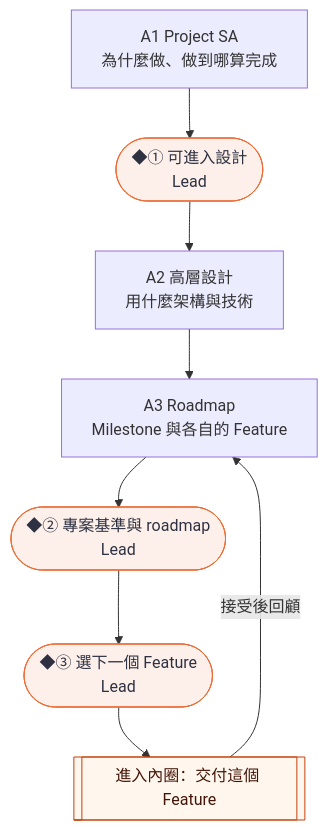
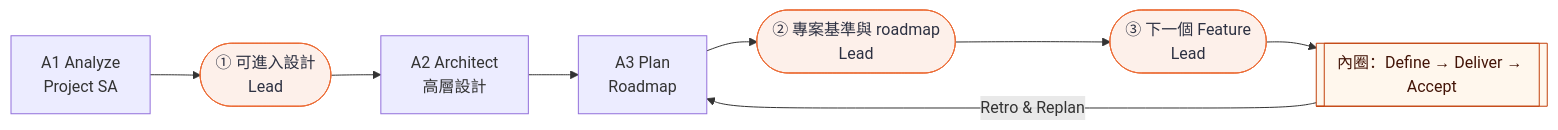
The second of 3 diagrams in docs/guide/user-guide.md (ellis429/loop-engineering), drawn with Mermaid before and after one commit. The commit also changed other lines of this file, not shown here.

````diff
--- a/docs/guide/user-guide.md
+++ b/docs/guide/user-guide.md
@@ -60,13 +57,13 @@
 ```mermaid
-flowchart TB
-  A1["A1 Project SA<br/>為什麼做、做到哪算完成"] --> G1(["◆① 可進入設計<br/>Lead"])
-  G1 --> A2["A2 高層設計<br/>用什麼架構與技術"]
-  A2 --> A3["A3 Roadmap<br/>Milestone 與各自的 Feature"]
-  A3 --> G2(["◆② 專案基準與 roadmap<br/>Lead"])
-  G2 --> G3(["◆③ 選下一個 Feature<br/>Lead"])
-  G3 --> IN[["進入內圈：交付這個 Feature"]]
-  IN -->|接受後回顧| A3
+flowchart LR
+  A1["A1 Analyze<br/>Project SA"] --> G1(["① 可進入設計<br/>Lead"])
+  G1 --> A2["A2 Architect<br/>高層設計"]
+  A2 --> A3["A3 Plan<br/>Roadmap"]
+  A3 --> G2(["② 專案基準與 roadmap<br/>Lead"])
+  G2 --> G3(["③ 下一個 Feature<br/>Lead"])
+  G3 --> IN[["內圈：Define → Deliver → Accept"]]
+  IN -->|Retro & Replan| A3
   classDef gate fill:#fdf0ea,stroke:#eb6c36,color:#2d3142
   class G1,G2,G3 gate
   style IN fill:#fff7ed,stroke:#c2410c,color:#431407
 ```
````
